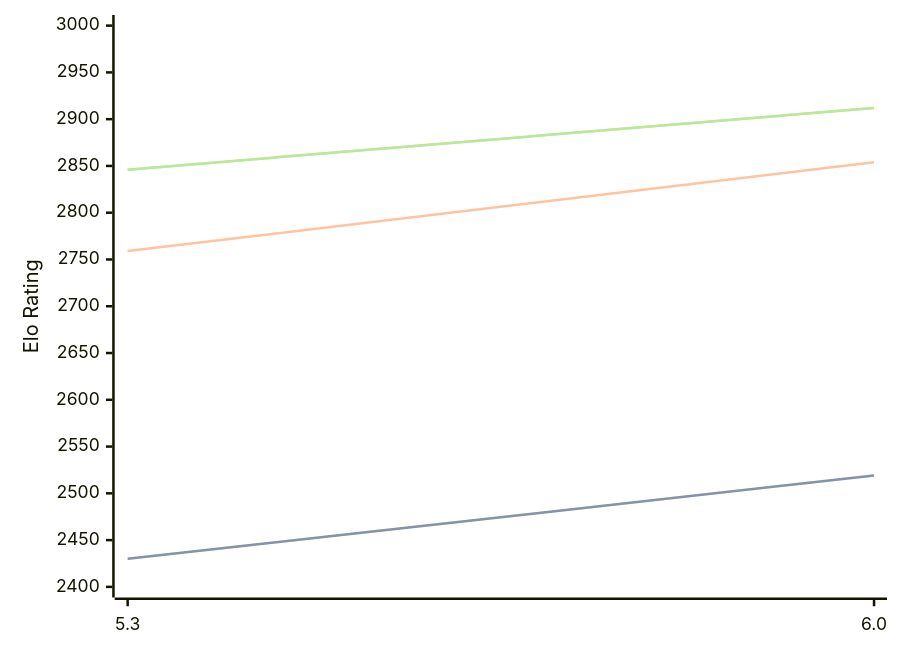
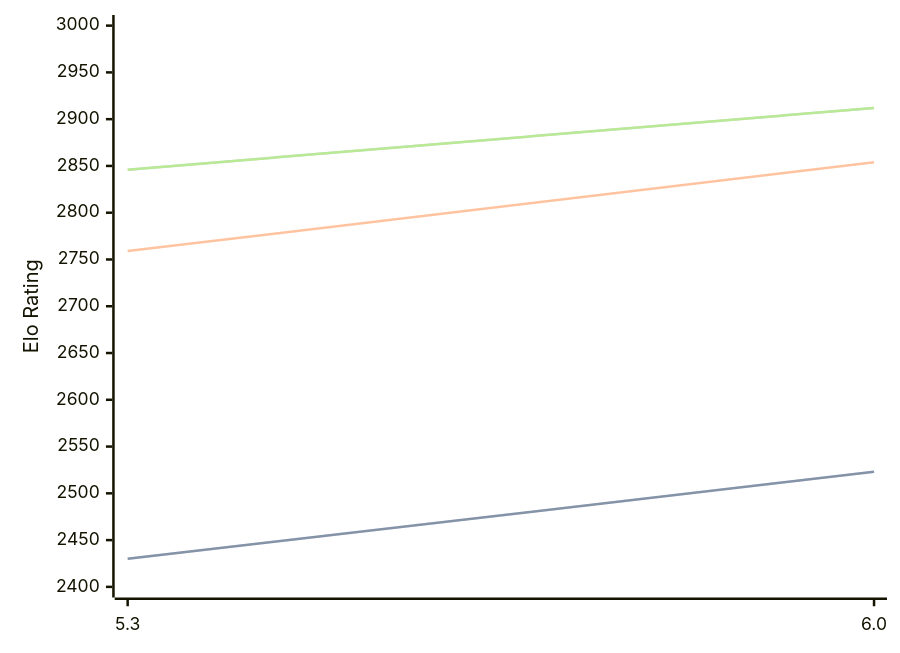
The diagram in engines/tomitankChess.md (computer-chess-index/cci), drawn with Mermaid before and after one commit. The commit also changed other lines of this file, not shown here.

Commit message:
Update CCI Ratings (ELO VLTC) - 2026-04-24

````diff
--- a/engines/tomitankChess.md
+++ b/engines/tomitankChess.md
@@ -40,11 +40,11 @@
 ```mermaid
 %%{init: {"theme":"base","themeVariables":{"seriesColors:['#a3a3a3','#222221','#faa371']}}}%%
 xychart-beta
   x-axis ["5.3", "6.0"]
   y-axis "Elo Rating" 2400 --> 3000
-  line "STC (8.0+0.08s)" [2430, 2519]
-  line "STC (8.0+0.08s)" [2430, 2519]
+  line "STC (8.0+0.08s)" [2430, 2523]
+  line "STC (8.0+0.08s)" [2430, 2523]
   line "LTC (60.0+0.60s)" [2759, 2854]
   line "VLTC (2m24s+1.12s)" [2846, 2912]
   line "VLTC (2m24s+1.12s)" [2846, 2912]
 ```
````
